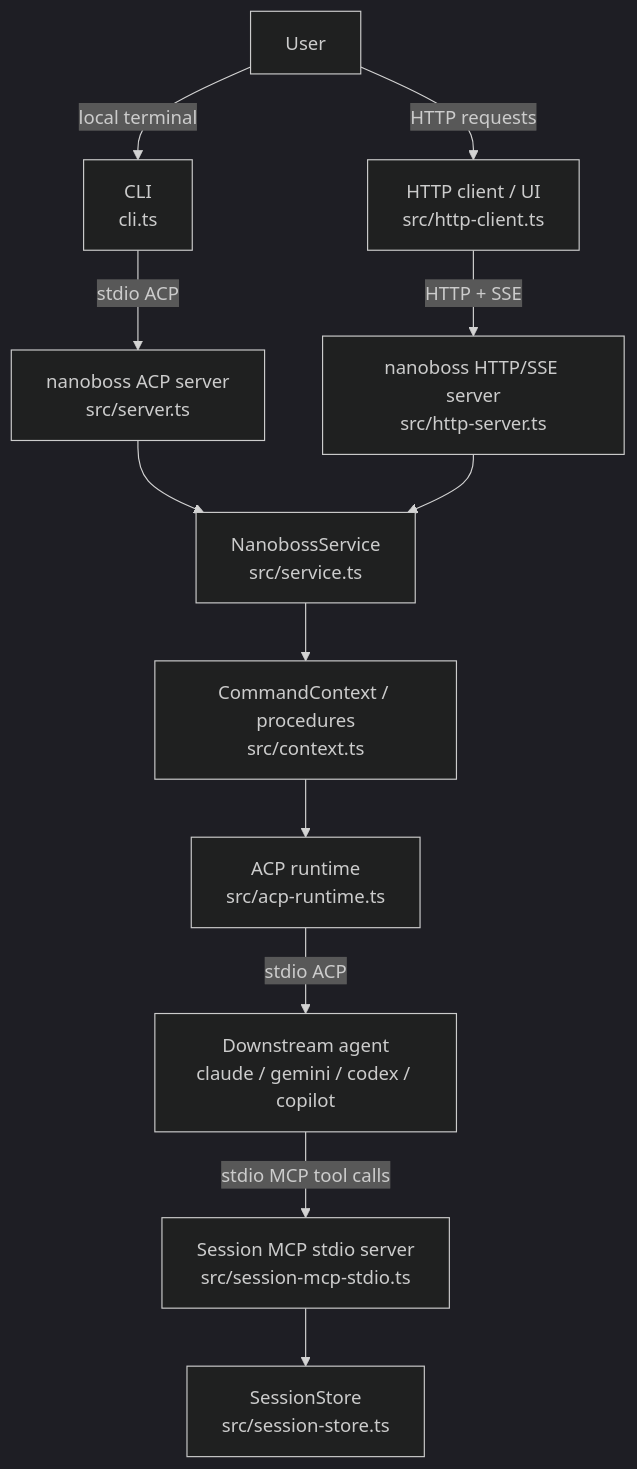
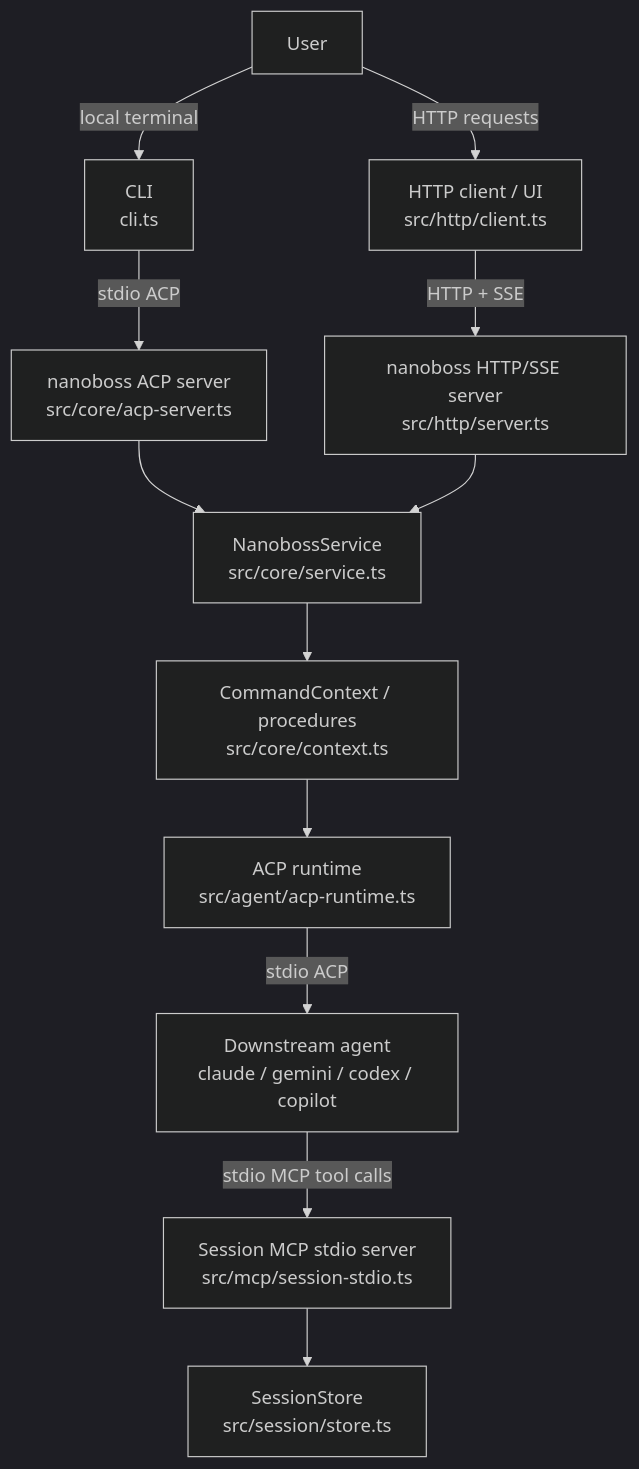
The first of 5 diagrams in docs/architecture.md (jflam/nano-agentboss), drawn with Mermaid (dark theme) before and after one commit. The commit also changed other lines of this file and 162 other files, not shown here.

Commit message:
Refactor src into architecture-aligned directories

````diff
--- a/docs/architecture.md
+++ b/docs/architecture.md
@@ -60,18 +60,18 @@
 ```mermaid
 flowchart TD
   U[User] -->|local terminal| CLI[CLI\ncli.ts]
-  U -->|HTTP requests| HTTPClient[HTTP client / UI\nsrc/http-client.ts]
+  U -->|HTTP requests| HTTPClient[HTTP client / UI\nsrc/http/client.ts]
 
-  CLI -->|stdio ACP| ACPServer[nanoboss ACP server\nsrc/server.ts]
-  HTTPClient -->|HTTP + SSE| HTTPServer[nanoboss HTTP/SSE server\nsrc/http-server.ts]
+  CLI -->|stdio ACP| ACPServer[nanoboss ACP server\nsrc/core/acp-server.ts]
+  HTTPClient -->|HTTP + SSE| HTTPServer[nanoboss HTTP/SSE server\nsrc/http/server.ts]
 
-  ACPServer --> Service[NanobossService\nsrc/service.ts]
+  ACPServer --> Service[NanobossService\nsrc/core/service.ts]
   HTTPServer --> Service
 
-  Service --> Context[CommandContext / procedures\nsrc/context.ts]
-  Context --> AgentRuntime[ACP runtime\nsrc/acp-runtime.ts]
+  Service --> Context[CommandContext / procedures\nsrc/core/context.ts]
+  Context --> AgentRuntime[ACP runtime\nsrc/agent/acp-runtime.ts]
 
   AgentRuntime -->|stdio ACP| Downstream[Downstream agent\nclaude / gemini / codex / copilot]
-  Downstream -->|stdio MCP tool calls| SessionMcp[Session MCP stdio server\nsrc/session-mcp-stdio.ts]
-  SessionMcp --> SessionStore[SessionStore\nsrc/session-store.ts]
+  Downstream -->|stdio MCP tool calls| SessionMcp[Session MCP stdio server\nsrc/mcp/session-stdio.ts]
+  SessionMcp --> SessionStore[SessionStore\nsrc/session/store.ts]
 ```
````
